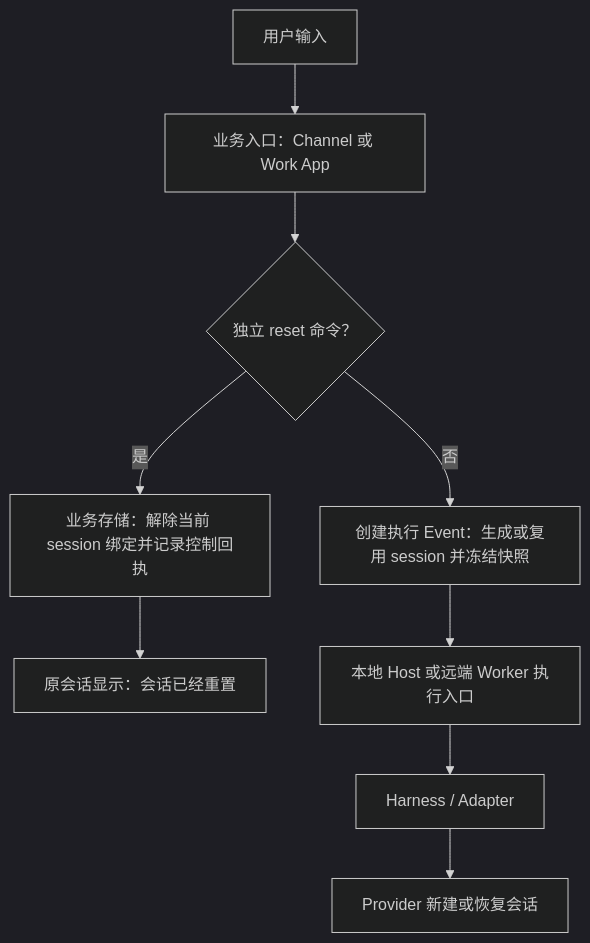
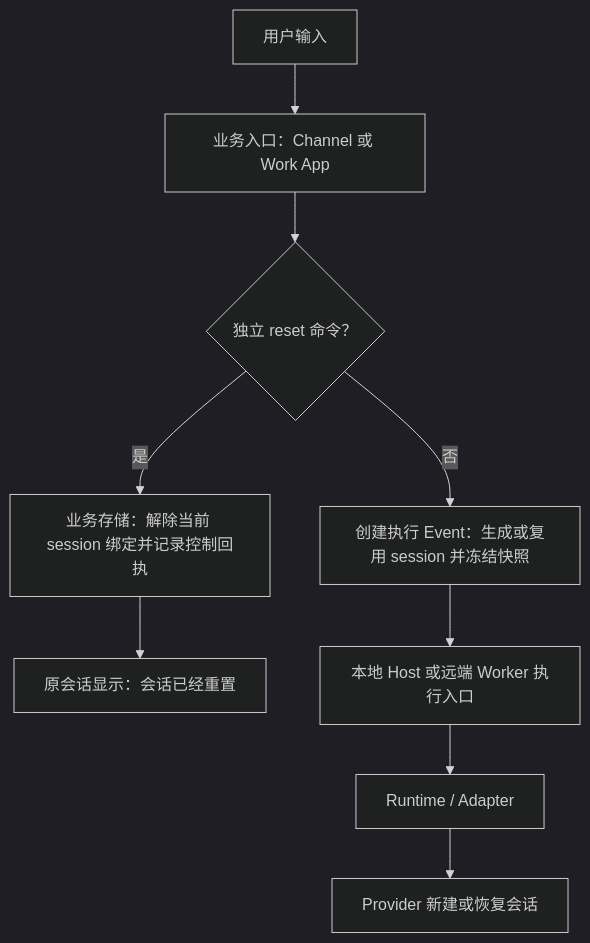
Before and after one commit to LarsonLian/octo-runtime: the diagram in docs/session-ownership-reset-ipd-se.md, drawn with Mermaid (dark theme). The commit also changed other lines of this file and 583 other files, not shown here.

````diff
--- a/docs/session-ownership-reset-ipd-se.md
+++ b/docs/session-ownership-reset-ipd-se.md
@@ -100,11 +100,11 @@
 ```mermaid
 flowchart TD
     U[用户输入] --> B[业务入口：Channel 或 Work App]
     B --> C{独立 reset 命令？}
     C -->|是| R[业务存储：解除当前 session 绑定并记录控制回执]
     R --> A[原会话显示：会话已经重置]
     C -->|否| E[创建执行 Event：生成或复用 session 并冻结快照]
     E --> X[本地 Host 或远端 Worker 执行入口]
-    X --> H[Harness / Adapter]
+    X --> H[Runtime / Adapter]
     H --> P[Provider 新建或恢复会话]
 ```
````
